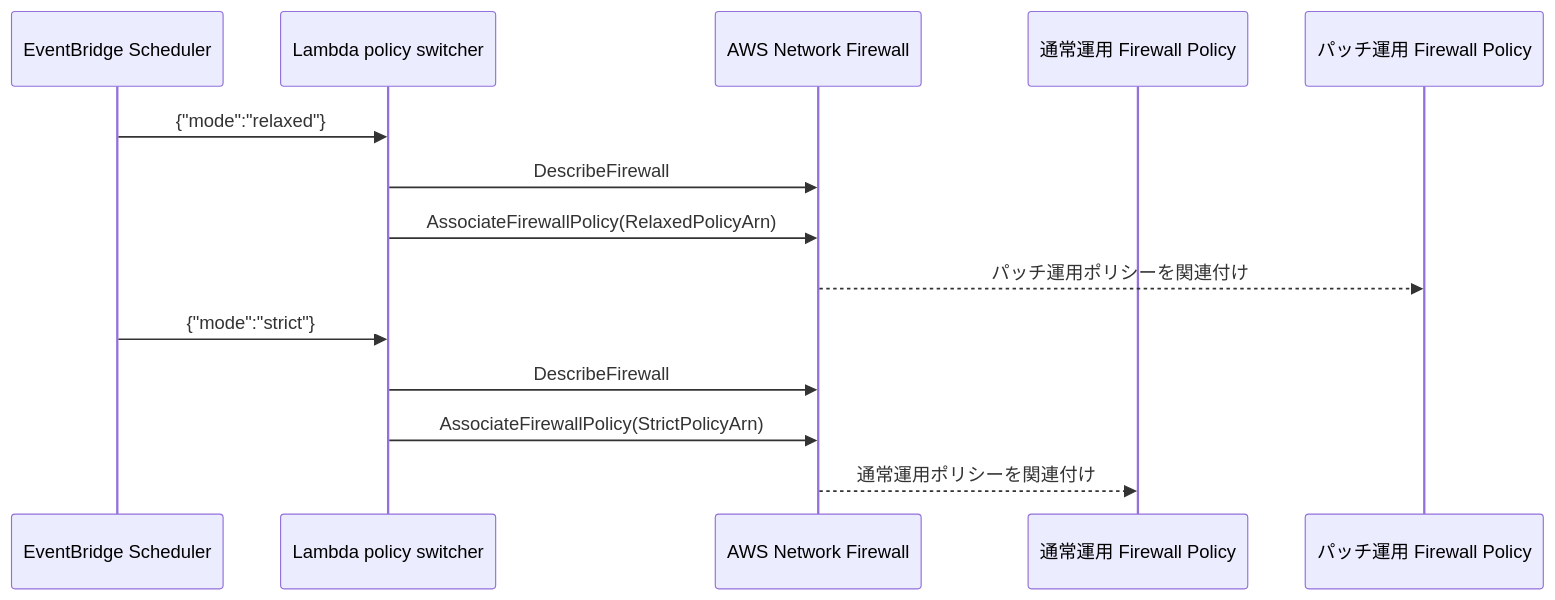
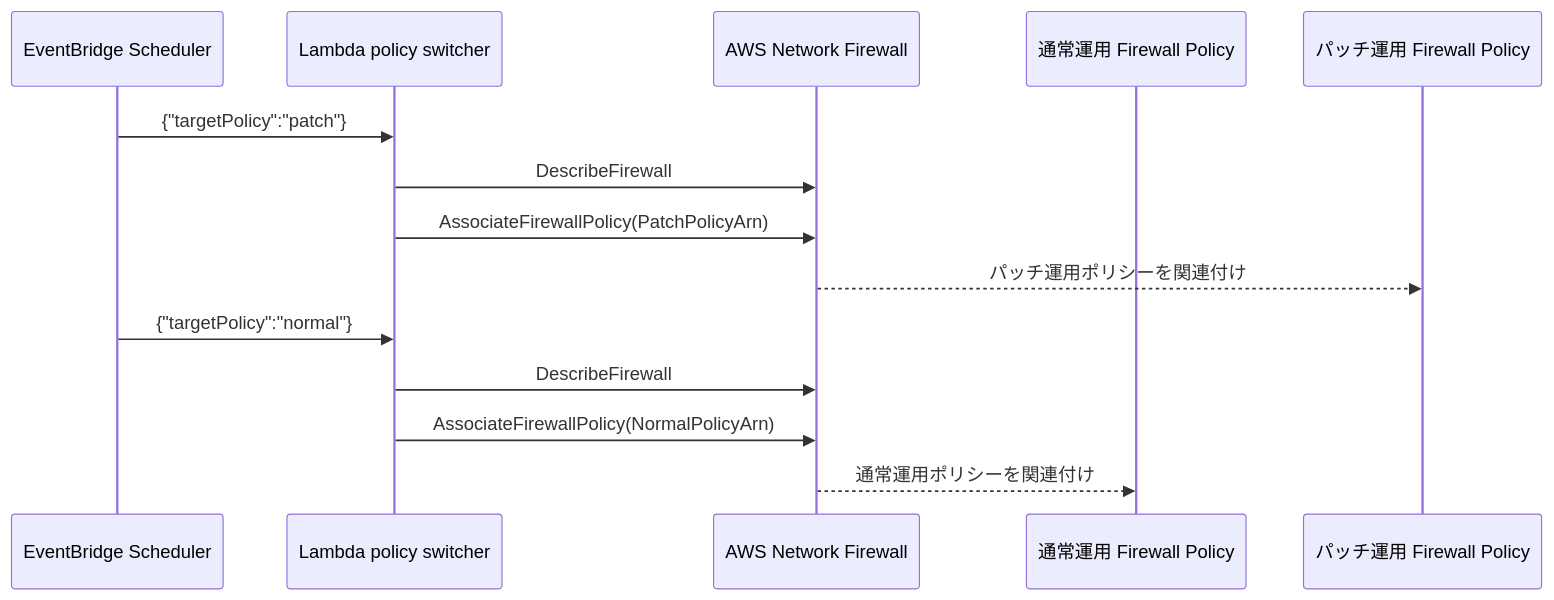
One commit to thsmt/aws-nfw-policy-switch-poc changed the diagram in docs/architecture.md. Above: the diagram before and after it, drawn with Mermaid. The commit also changed other lines of this file and 5 other files, not shown here.

````diff
--- a/docs/architecture.md
+++ b/docs/architecture.md
@@ -11,18 +11,18 @@
 ```mermaid
 sequenceDiagram
     participant Scheduler as EventBridge Scheduler
     participant Lambda as Lambda policy switcher
     participant NFW as AWS Network Firewall
-    participant Strict as 通常運用 Firewall Policy
-    participant Relaxed as パッチ運用 Firewall Policy
+    participant Normal as 通常運用 Firewall Policy
+    participant Patch as パッチ運用 Firewall Policy
 
-    Scheduler->>Lambda: {"mode":"relaxed"}
+    Scheduler->>Lambda: {"targetPolicy":"patch"}
     Lambda->>NFW: DescribeFirewall
-    Lambda->>NFW: AssociateFirewallPolicy(RelaxedPolicyArn)
-    NFW-->>Relaxed: パッチ運用ポリシーを関連付け
+    Lambda->>NFW: AssociateFirewallPolicy(PatchPolicyArn)
+    NFW-->>Patch: パッチ運用ポリシーを関連付け
 
-    Scheduler->>Lambda: {"mode":"strict"}
+    Scheduler->>Lambda: {"targetPolicy":"normal"}
     Lambda->>NFW: DescribeFirewall
-    Lambda->>NFW: AssociateFirewallPolicy(StrictPolicyArn)
-    NFW-->>Strict: 通常運用ポリシーを関連付け
+    Lambda->>NFW: AssociateFirewallPolicy(NormalPolicyArn)
+    NFW-->>Normal: 通常運用ポリシーを関連付け
 ```
````
